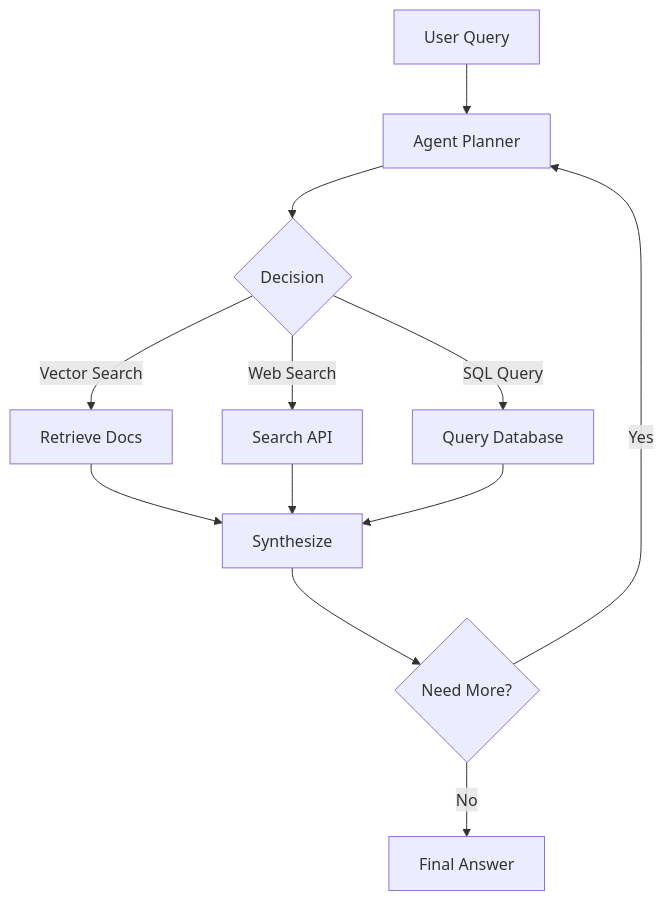
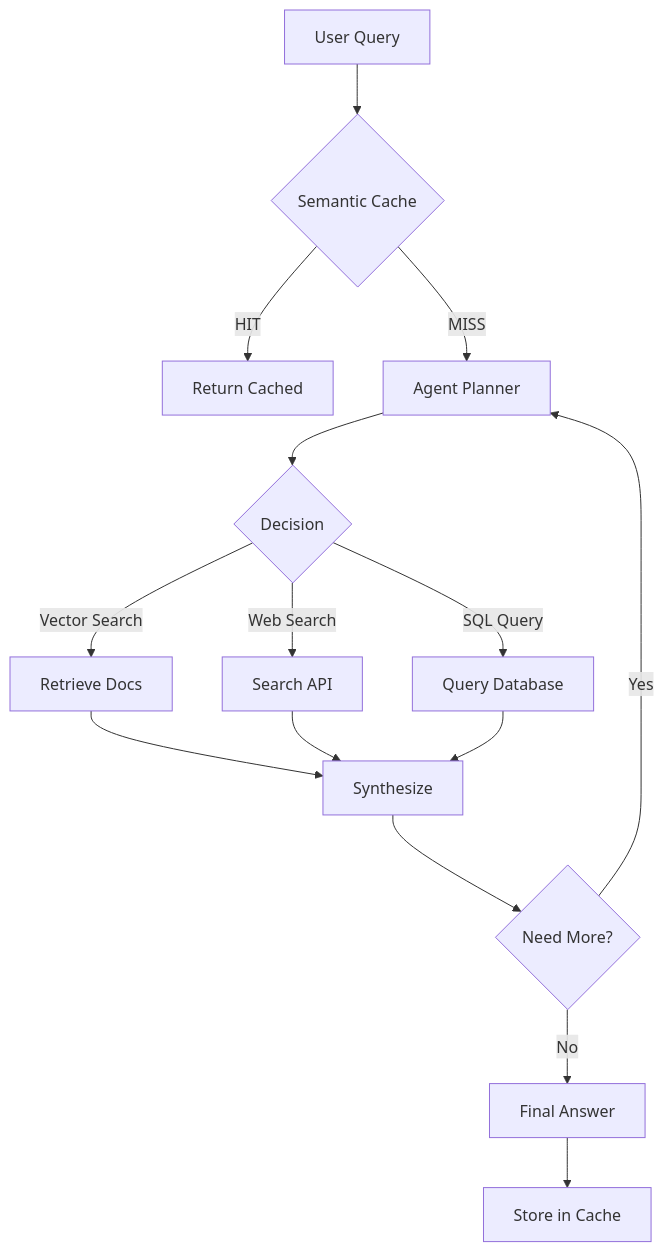
The seventh of 11 diagrams in DIAGRAMS.md (luiscanaveral/rag-architectures), drawn with Mermaid before and after one commit. The commit also changed other lines of this file and 1 other file, not shown here.

````diff
--- a/DIAGRAMS.md
+++ b/DIAGRAMS.md
@@ -82,14 +100,17 @@
 ```mermaid
 graph TD
-    A[User Query] --> B[Agent Planner]
-    B --> C{Decision}
-    C -->|Vector Search| D[Retrieve Docs]
-    C -->|Web Search| E[Search API]
-    C -->|SQL Query| F[Query Database]
-    D --> G[Synthesize]
-    E --> G
-    F --> G
-    G --> H{Need More?}
-    H -->|Yes| B
-    H -->|No| I[Final Answer]
+    A[User Query] --> B{Semantic Cache}
+    B -->|HIT| C[Return Cached]
+    B -->|MISS| D[Agent Planner]
+    D --> E{Decision}
+    E -->|Vector Search| F[Retrieve Docs]
+    E -->|Web Search| G[Search API]
+    E -->|SQL Query| H[Query Database]
+    F --> I[Synthesize]
+    G --> I
+    H --> I
+    I --> J{Need More?}
+    J -->|Yes| D
+    J -->|No| K[Final Answer]
+    K --> L[Store in Cache]
 ```
````
